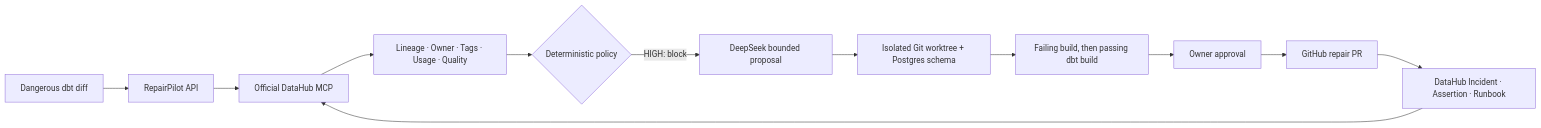
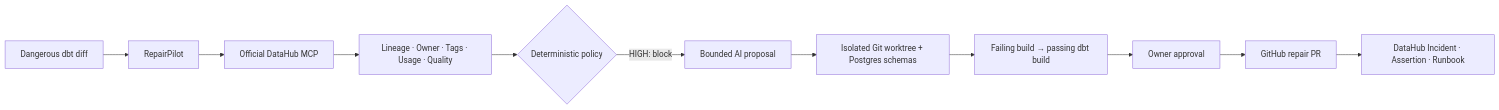
One commit to TianChen17/repairpilot changed the diagram in README.md. Above: the diagram before and after it, drawn with Mermaid. The commit also changed other lines of this file and 86 other files, not shown here.

Commit message:
feat: deliver judge-focused RepairPilot final cut

````diff
--- a/README.md
+++ b/README.md
@@ -66,14 +96,13 @@
 ```mermaid
 flowchart LR
-    A[Dangerous dbt diff] --> B[RepairPilot API]
+    A[Dangerous dbt diff] --> B[RepairPilot]
     B --> C[Official DataHub MCP]
     C --> D[Lineage · Owner · Tags · Usage · Quality]
     D --> E{Deterministic policy}
-    E -->|HIGH: block| F[DeepSeek bounded proposal]
-    F --> G[Isolated Git worktree + Postgres schema]
-    G --> H[Failing build, then passing dbt build]
+    E -->|HIGH: block| F[Bounded AI proposal]
+    F --> G[Isolated Git worktree + Postgres schemas]
+    G --> H[Failing build → passing dbt build]
     H --> I[Owner approval]
     I --> J[GitHub repair PR]
     J --> K[DataHub Incident · Assertion · Runbook]
-    K --> C
 ```
````
